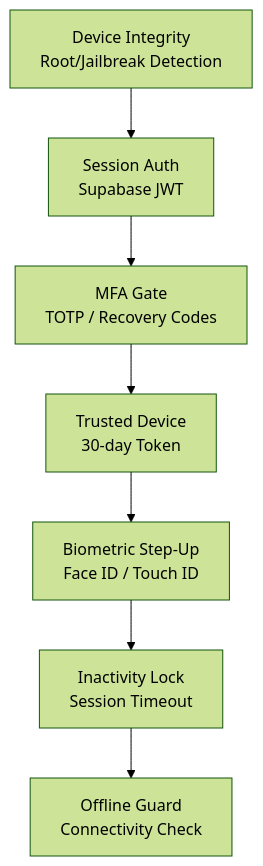
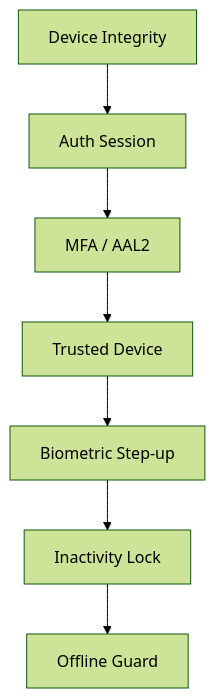
Before and after one commit to muhammadanas656/daktarpi: the diagram in docs/03_security.md, drawn with Mermaid (forest theme). The commit also changed other lines of this file and 72 other files, not shown here.

````diff
--- a/docs/03_security.md
+++ b/docs/03_security.md
@@ -7,9 +7,9 @@
 ```mermaid
 graph TD
-    A[Device Integrity<br/>Root/Jailbreak Detection] --> B[Session Auth<br/>Supabase JWT]
-    B --> C[MFA Gate<br/>TOTP / Recovery Codes]
-    C --> D[Trusted Device<br/>30-day Token]
-    D --> E[Biometric Step-Up<br/>Face ID / Touch ID]
-    E --> F[Inactivity Lock<br/>Session Timeout]
-    F --> G[Offline Guard<br/>Connectivity Check]
+    A[Device Integrity] --> B[Auth Session]
+    B --> C[MFA / AAL2]
+    C --> D[Trusted Device]
+    D --> E[Biometric Step-up]
+    E --> F[Inactivity Lock]
+    F --> G[Offline Guard]
 ```
````
